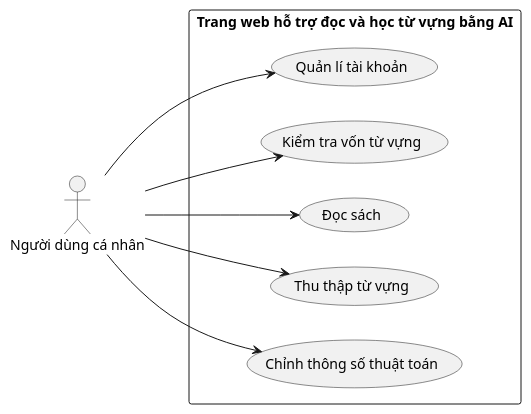
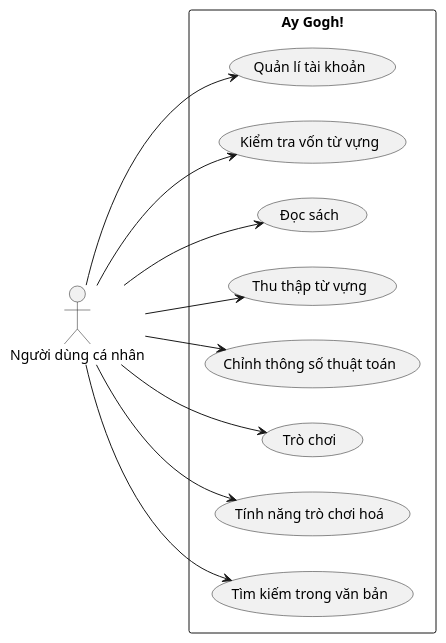
Before and after one commit to Huangphoux/ay_gogh: the diagram in docs/DA2_bao_cao/300_phan_tich_thiet_ke/use_case/tong_quat.pu, drawn with PlantUML. The commit also changed 11 other files, not shown here.

```diff
--- a/docs/DA2_bao_cao/300_phan_tich_thiet_ke/use_case/tong_quat.pu
+++ b/docs/DA2_bao_cao/300_phan_tich_thiet_ke/use_case/tong_quat.pu
@@ -1,21 +1,27 @@
 @startuml Tổng quát
 
 left to right direction
 
 actor "Người dùng cá nhân" as fc
 
-rectangle "Trang web hỗ trợ đọc và học từ vựng bằng AI" {
+rectangle "Ay Gogh!" {
   usecase "Quản lí tài khoản" as UC1
   usecase "Kiểm tra vốn từ vựng" as UC2
   usecase "Đọc sách" as UC3
   usecase "Thu thập từ vựng" as UC4
   usecase "Chỉnh thông số thuật toán" as UC5
+  usecase "Trò chơi" as UC6
+  usecase "Tính năng trò chơi hoá" as UC7
+  usecase "Tìm kiếm trong văn bản" as UC8
 }
 
 fc --> UC1
 fc --> UC2
 fc --> UC3
 fc --> UC4
 fc --> UC5
+fc --> UC6
+fc --> UC7
+fc --> UC8
 
 @enduml
```
